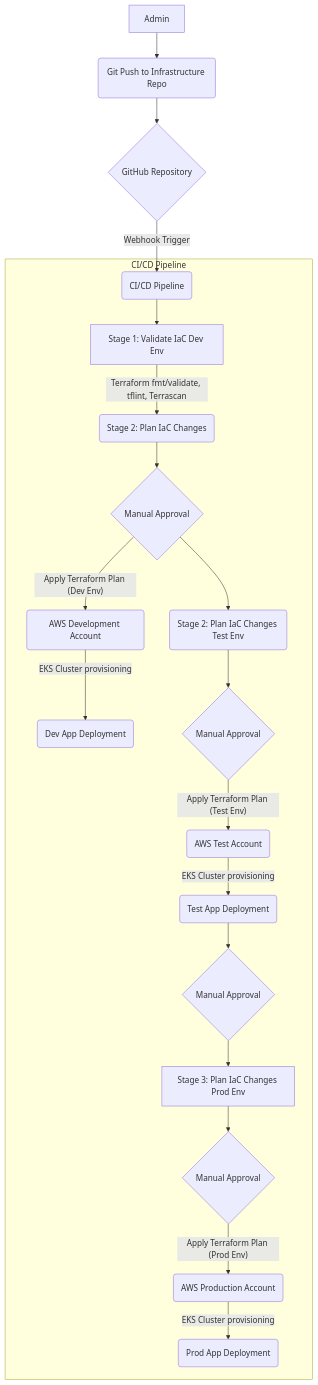
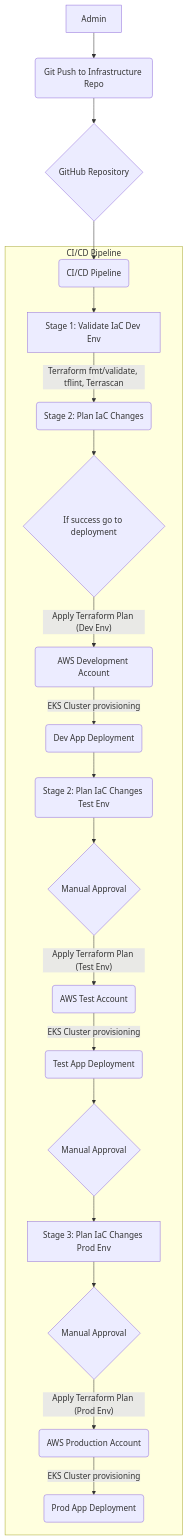
One commit to martinez989/mastercard-sre changed the diagram in README.md. Above: the diagram before and after it, drawn with Mermaid.

````diff
--- a/README.md
+++ b/README.md
@@ -6,25 +6,25 @@
 ```mermaid
 graph TD
     A[Admin] --> B(Git Push to Infrastructure Repo)
     B --> C{GitHub Repository}
-    C -- Webhook Trigger --> D(CI/CD Pipeline)
+    C --> D(CI/CD Pipeline)
 
     subgraph CI/CD Pipeline
         D --> D1[Stage 1: Validate IaC Dev Env]
         D1 -- Terraform fmt/validate, tflint, Terrascan --> D2(Stage 2: Plan IaC Changes)
-        D2 --> D3{Manual Approval}
+        D2 --> D3{If success go to deployment}
         D3 -- Apply Terraform Plan (Dev Env) --> E(AWS Development Account)
         E -- EKS Cluster provisioning --> F(Dev App Deployment)
 
-        D3 --> D4(Stage 2: Plan IaC Changes Test Env)
+        F --> D4(Stage 2: Plan IaC Changes Test Env)
         D4 --> D5{Manual Approval}
         D5 -- Apply Terraform Plan (Test Env) --> G(AWS Test Account)
         G -- EKS Cluster provisioning --> H(Test App Deployment)
 
         H --> H1{Manual Approval} --> D6[Stage 3: Plan IaC Changes Prod Env]
         D6 --> D7{Manual Approval}
         D7 -- Apply Terraform Plan (Prod Env) --> I(AWS Production Account)
         I -- EKS Cluster provisioning --> J(Prod App Deployment)
     end
 
 ```
````
